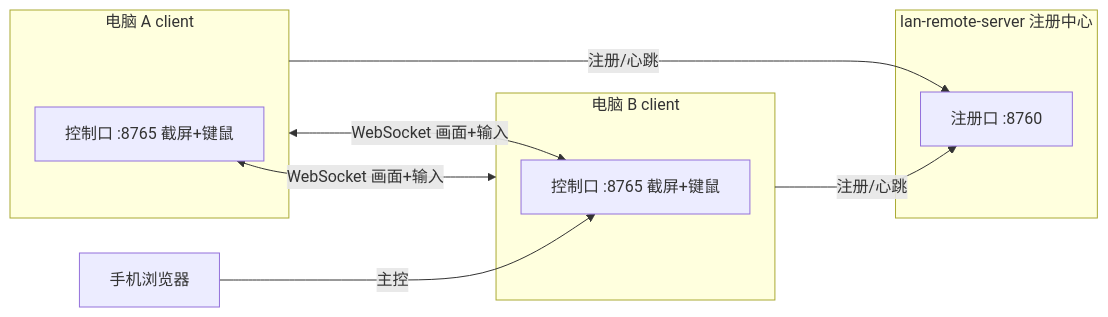
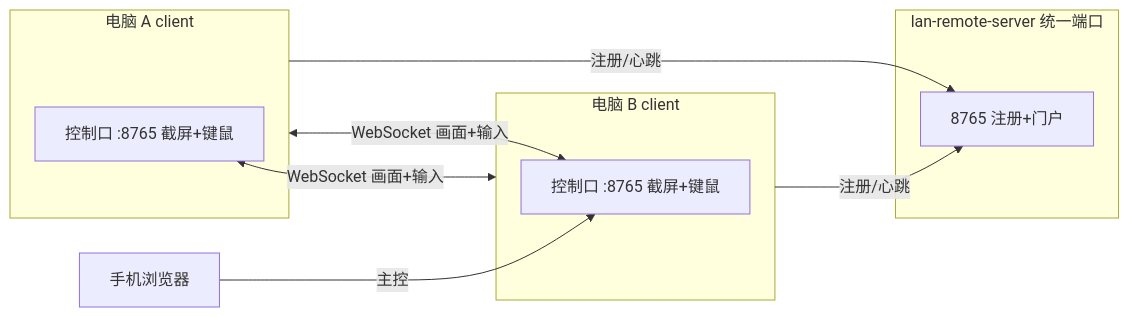
The diagram in README.md (chiyusiyaun/lan-remote), drawn with Mermaid before and after one commit. The commit also changed other lines of this file and 6 other files, not shown here.

````diff
--- a/README.md
+++ b/README.md
@@ -7,17 +7,17 @@
 ```mermaid
 graph LR
-  subgraph S [lan-remote-server 注册中心]
-    R[注册口 :8760]
+  subgraph S [lan-remote-server 统一端口]
+    R[8765 注册+门户]
   end
   subgraph A [电脑 A client]
     CA[控制口 :8765 截屏+键鼠]
   end
   subgraph B [电脑 B client]
     CB[控制口 :8765 截屏+键鼠]
   end
   A -->|注册/心跳| R
   B -->|注册/心跳| R
   A <-->|WebSocket 画面+输入| CB
   B <-->|WebSocket 画面+输入| CA
   Phone[手机浏览器] -->|主控| CB
 ```
````
